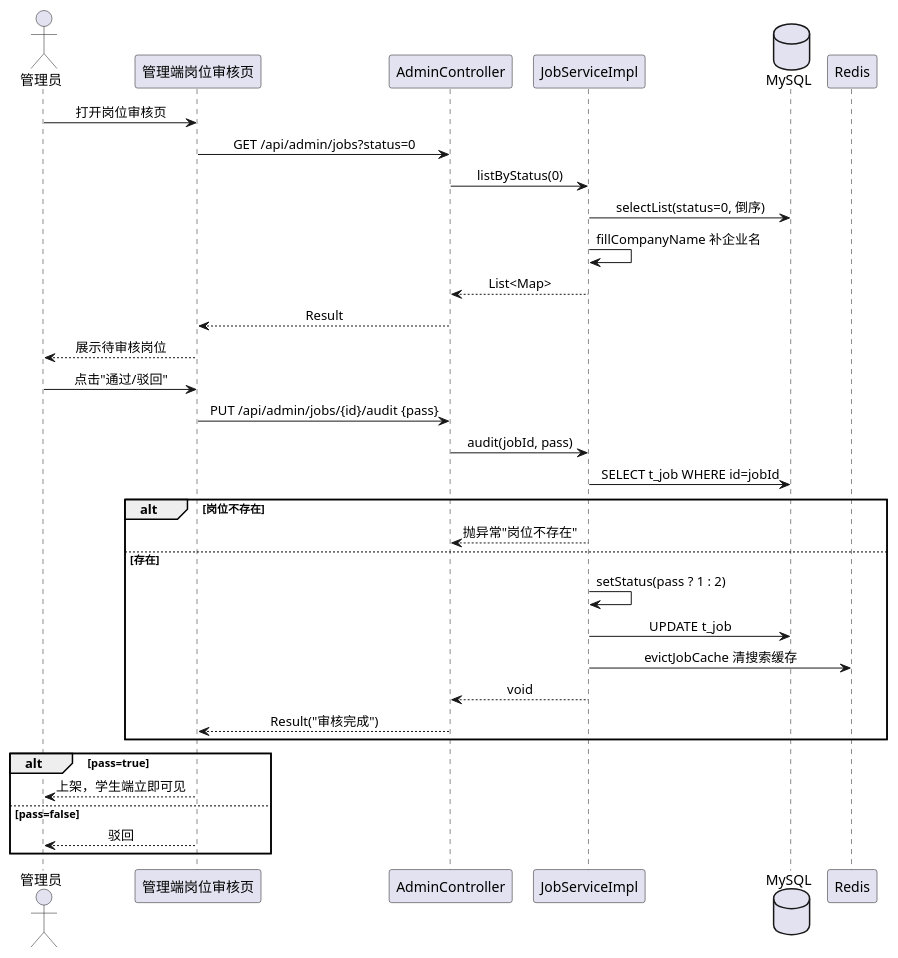
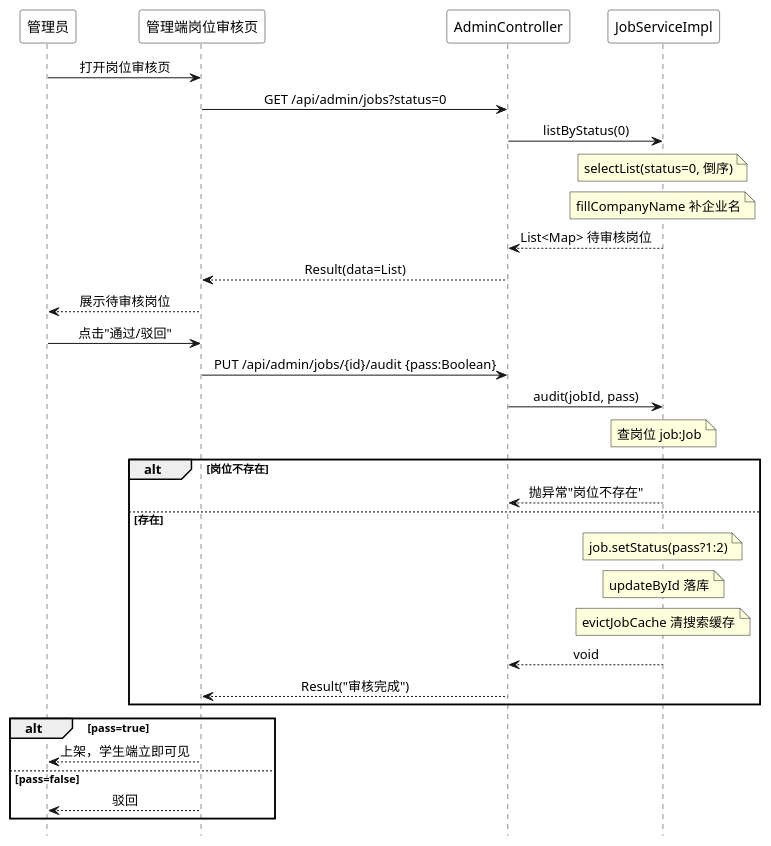
One commit to sheep7-bot/recruit-internship-system changed the diagram in uml/李嘉文/sequence-audit-job.puml. Above: the diagram before and after it, drawn with PlantUML. The commit also changed 61 other files, not shown here.

Commit message:
完善 AI 简历解析服务，更新 UML 图集；API Key 改为环境变量读取

```diff
--- a/uml/李嘉文/sequence-audit-job.puml
+++ b/uml/李嘉文/sequence-audit-job.puml
@@ -1,40 +1,59 @@
 @startuml 岗位审核时序图
 skinparam defaultFontName "Microsoft YaHei"
+hide footbox
+<style>
+participant {
+  FontColor white
+  BorderColor white
+  BackgroundColor white
+}
+sequenceDiagram {
+  FontColor black
+}
+</style>
 skinparam sequenceMessageAlign center
-
-actor "管理员" as admin
+participant "管理员" as admin
 participant "管理端岗位审核页" as web
 participant "AdminController" as ctl
 participant "JobServiceImpl" as svc
-database "MySQL" as db
-participant "Redis" as redis
-
 admin -> web : 打开岗位审核页
 web -> ctl : GET /api/admin/jobs?status=0
 ctl -> svc : listByStatus(0)
-svc -> db : selectList(status=0, 倒序)
-svc -> svc : fillCompanyName 补企业名
-svc --> ctl : List<Map>
-ctl --> web : Result
+note over svc
+  selectList(status=0, 倒序)
+end note
+note over svc
+  fillCompanyName 补企业名
+end note
+svc --> ctl : List<Map> 待审核岗位
+ctl --> web : Result(data=List)
 web --> admin : 展示待审核岗位
 
 admin -> web : 点击"通过/驳回"
-web -> ctl : PUT /api/admin/jobs/{id}/audit {pass}
+web -> ctl : PUT /api/admin/jobs/{id}/audit {pass:Boolean}
 ctl -> svc : audit(jobId, pass)
-svc -> db : SELECT t_job WHERE id=jobId
+note over svc
+  查岗位 job:Job
+end note
 alt 岗位不存在
   svc --> ctl : 抛异常"岗位不存在"
 else 存在
-  svc -> svc : setStatus(pass ? 1 : 2)
-  svc -> db : UPDATE t_job
-  svc -> redis : evictJobCache 清搜索缓存
+  note over svc
+    job.setStatus(pass?1:2)
+  end note
+  note over svc
+    updateById 落库
+  end note
+  note over svc
+    evictJobCache 清搜索缓存
+  end note
   svc --> ctl : void
   ctl --> web : Result("审核完成")
 end
-
 alt pass=true
   web --> admin : 上架，学生端立即可见
 else pass=false
   web --> admin : 驳回
 end
+
 @enduml
```
